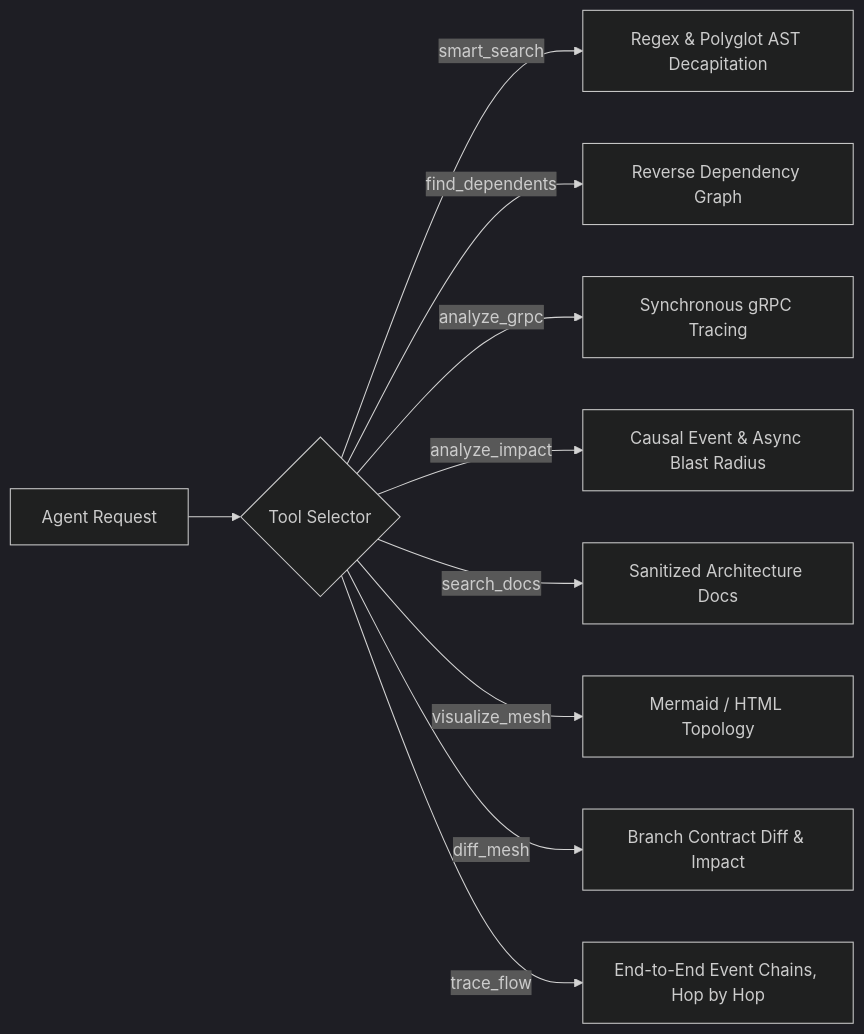
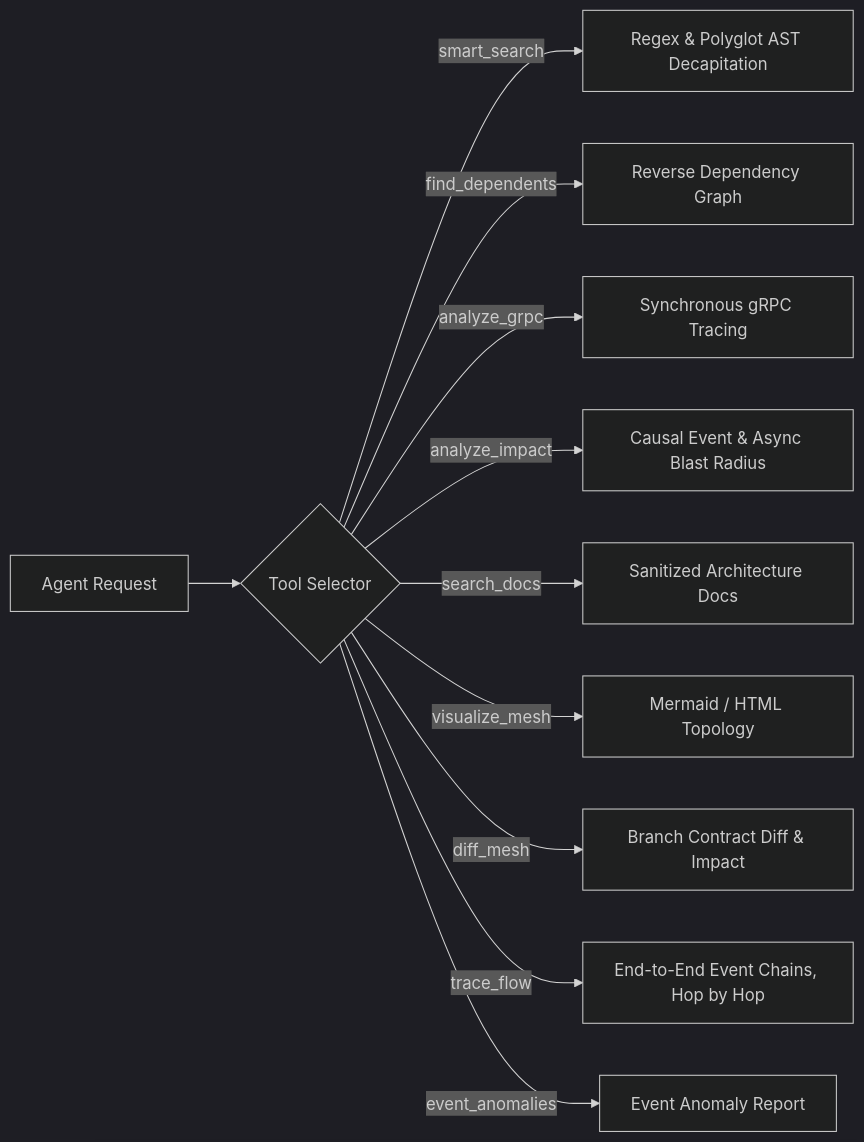
Before and after one commit to VictorAgahi/mesh-mcp: the diagram in docs/mcp-tools.md, drawn with Mermaid (dark theme). The commit also changed other lines of this file and 14 other files, not shown here.

First line of the commit message:
docs+tests: event_anomalies tool docs, tool count 9, changelog, clippy and fmt

````diff
--- a/docs/mcp-tools.md
+++ b/docs/mcp-tools.md
@@ -27,12 +27,13 @@
 ```mermaid
 graph LR
     A[Agent Request] --> T{Tool Selector}
     T -->|smart_search| TS[Regex & Polyglot AST Decapitation]
     T -->|find_dependents| TD[Reverse Dependency Graph]
     T -->|analyze_grpc| TG[Synchronous gRPC Tracing]
     T -->|analyze_impact| TI[Causal Event & Async Blast Radius]
     T -->|search_docs| TDO[Sanitized Architecture Docs]
     T -->|visualize_mesh| TV[Mermaid / HTML Topology]
     T -->|diff_mesh| TDM[Branch Contract Diff & Impact]
     T -->|trace_flow| TF[End-to-End Event Chains, Hop by Hop]
+    T -->|event_anomalies| TA[Event Anomaly Report]
 ```
````
